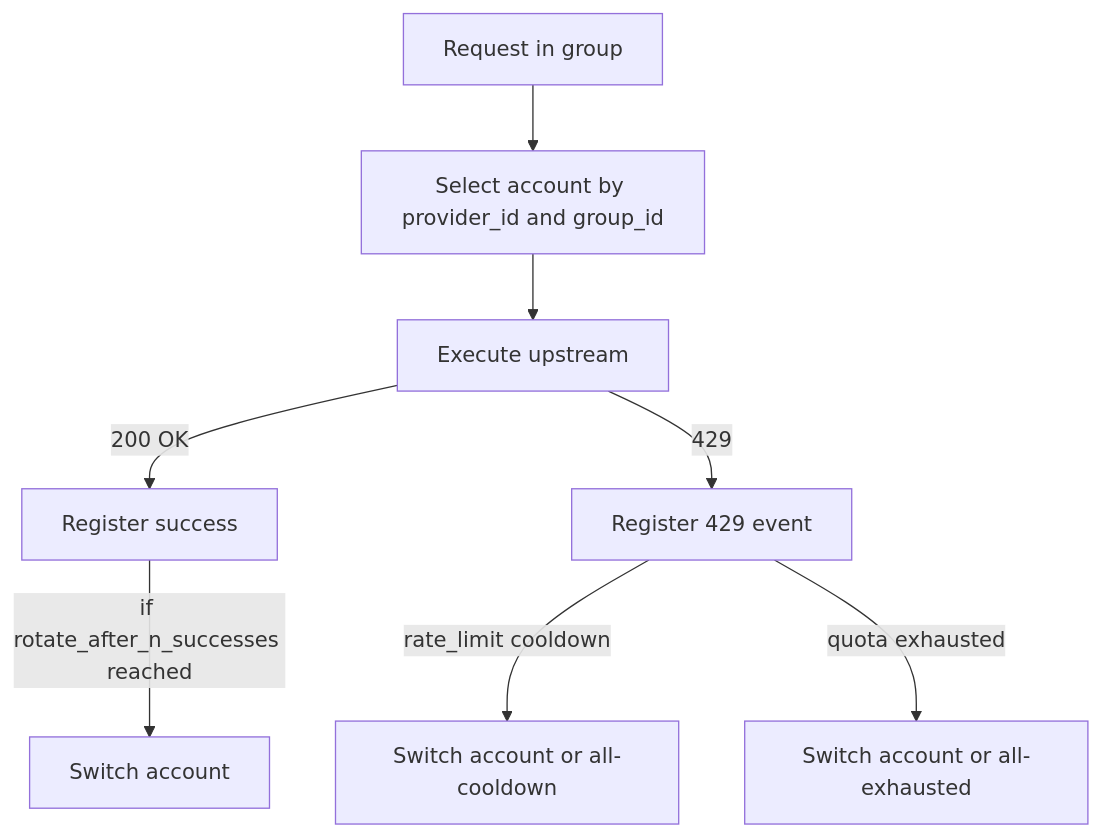
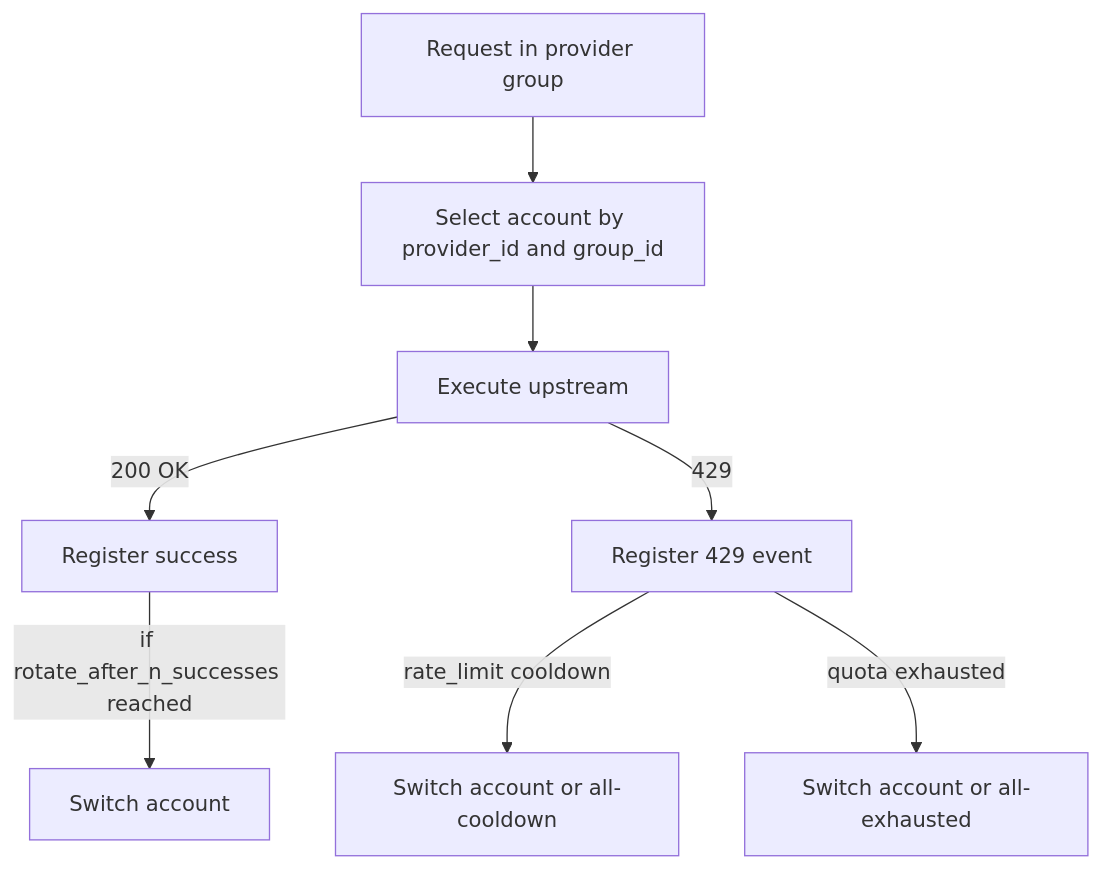
The diagram in docs/architecture/quota-account-rotation-groups-and-models.md (cyber-platform/llm_agent_platform), drawn with Mermaid before and after one commit. The commit also changed other lines of this file and 70 other files, not shown here.

````diff
--- a/docs/architecture/quota-account-rotation-groups-and-models.md
+++ b/docs/architecture/quota-account-rotation-groups-and-models.md
@@ -88,10 +88,10 @@
 ```mermaid
 flowchart TD
-  A[Request in group] --> B[Select account by provider_id and group_id]
+  A[Request in provider group] --> B[Select account by provider_id and group_id]
   B --> C[Execute upstream]
   C -->|200 OK| D[Register success]
   D -->|if rotate_after_n_successes reached| E[Switch account]
   C -->|429| F[Register 429 event]
   F -->|rate_limit cooldown| G[Switch account or all-cooldown]
   F -->|quota exhausted| H[Switch account or all-exhausted]
 ```
````
